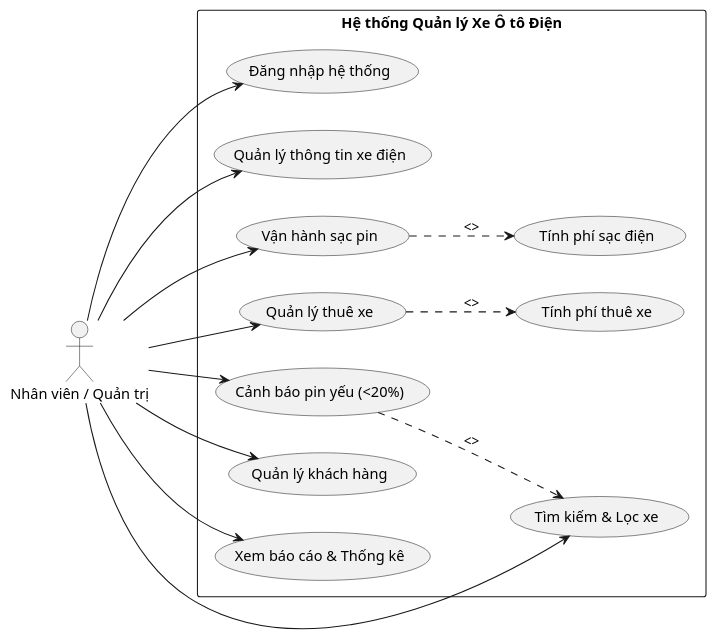
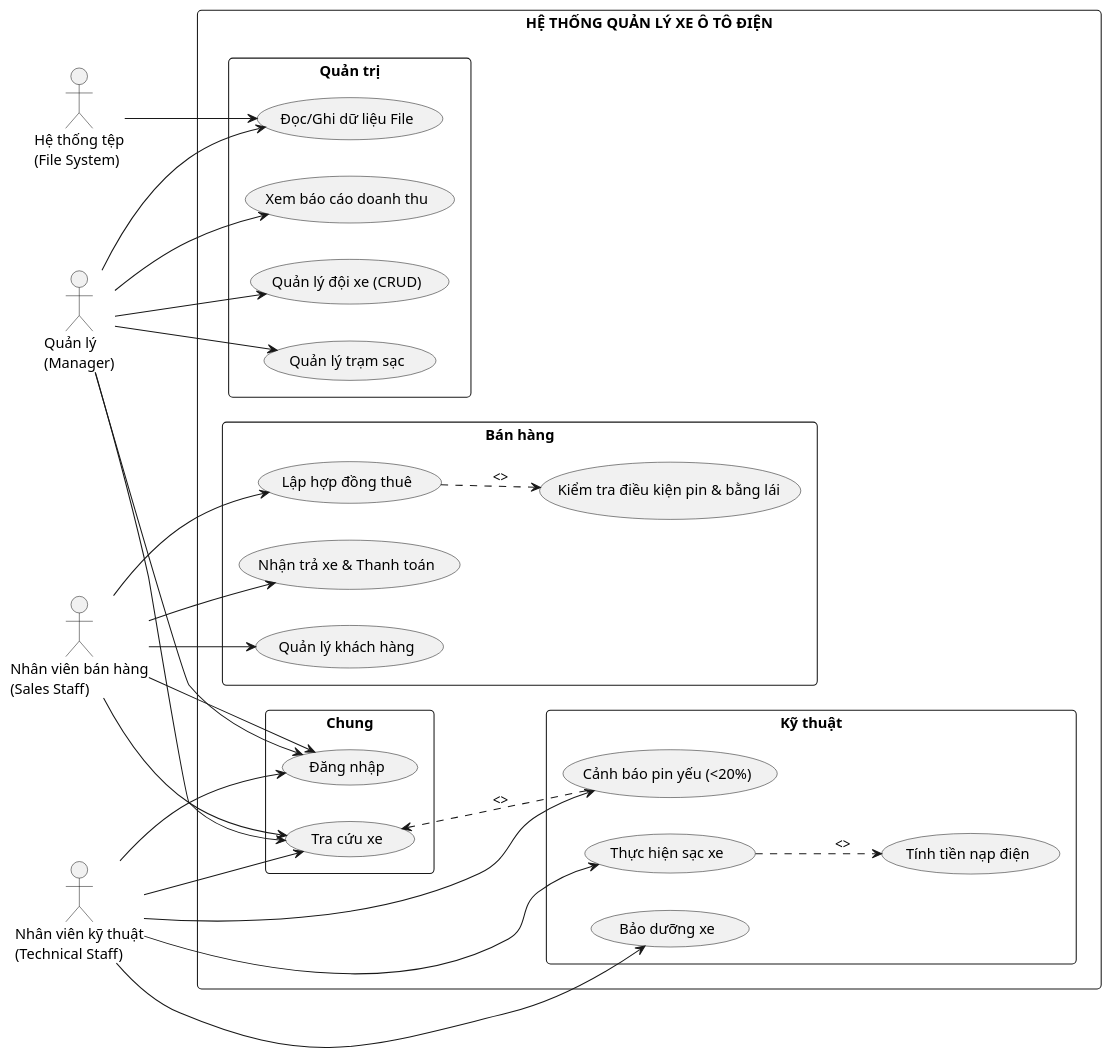
The diagram in usecase.puml (hau111947-ux/OOAD-2026-13), drawn with PlantUML before and after one commit.

Commit message:
Mã nguồn sơ đồ

```diff
--- a/usecase.puml
+++ b/usecase.puml
@@ -1,32 +1,66 @@
-@startuml UseCase_ElectricCarManagement
+@startuml
 left to right direction
 skinparam packageStyle rectangle
+skinparam roundcorner 8
+skinparam shadowing false
 
-actor "Nhân viên / Quản trị" as Staff
+actor "Quản lý\n(Manager)" as Manager
+actor "Nhân viên bán hàng\n(Sales Staff)" as Sales
+actor "Nhân viên kỹ thuật\n(Technical Staff)" as Tech
+actor "Hệ thống tệp\n(File System)" as Storage
 
-rectangle "Hệ thống Quản lý Xe Ô tô Điện" {
-  usecase "Đăng nhập hệ thống" as UC_Login
-  usecase "Quản lý thông tin xe điện" as UC_ManageCars
-  usecase "Tìm kiếm & Lọc xe" as UC_SearchCars
-  usecase "Cảnh báo pin yếu (<20%)" as UC_AlertBattery
-  usecase "Vận hành sạc pin" as UC_Charge
-  usecase "Tính phí sạc điện" as UC_CalcChargeCost
-  usecase "Quản lý thuê xe" as UC_RentCar
-  usecase "Tính phí thuê xe" as UC_CalcRentCost
-  usecase "Quản lý khách hàng" as UC_ManageCustomer
-  usecase "Xem báo cáo & Thống kê" as UC_Report
+rectangle "HỆ THỐNG QUẢN LÝ XE Ô TÔ ĐIỆN" {
+
+    package "Chung" {
+        usecase "Đăng nhập" as UC_Login
+        usecase "Tra cứu xe" as UC_Search
+    }
+
+    package "Bán hàng" {
+        usecase "Quản lý khách hàng" as UC_Customer
+        usecase "Lập hợp đồng thuê" as UC_Rent
+        usecase "Kiểm tra điều kiện pin & bằng lái" as UC_Check
+        usecase "Nhận trả xe & Thanh toán" as UC_Return
+    }
+
+    package "Kỹ thuật" {
+        usecase "Cảnh báo pin yếu (<20%)" as UC_Alert
+        usecase "Thực hiện sạc xe" as UC_Charge
+        usecase "Tính tiền nạp điện" as UC_CalcFee
+        usecase "Bảo dưỡng xe" as UC_Maintain
+    }
+
+    package "Quản trị" {
+        usecase "Quản lý đội xe (CRUD)" as UC_ManageCars
+        usecase "Quản lý trạm sạc" as UC_ManageStations
+        usecase "Xem báo cáo doanh thu" as UC_Report
+        usecase "Đọc/Ghi dữ liệu File" as UC_FileIO
+    }
 }
 
-Staff --> UC_Login
-Staff --> UC_ManageCars
-Staff --> UC_SearchCars
-Staff --> UC_AlertBattery
-Staff --> UC_Charge
-Staff --> UC_RentCar
-Staff --> UC_ManageCustomer
-Staff --> UC_Report
+' Liên kết Actor
+Sales --> UC_Login
+Sales --> UC_Search
+Sales --> UC_Customer
+Sales --> UC_Rent
+Sales --> UC_Return
 
-UC_Charge ..> UC_CalcChargeCost : <>
-UC_RentCar ..> UC_CalcRentCost : <>
-UC_AlertBattery ..> UC_SearchCars : <>
+Tech --> UC_Login
+Tech --> UC_Search
+Tech --> UC_Alert
+Tech --> UC_Charge
+Tech --> UC_Maintain
+
+Manager --> UC_Login
+Manager --> UC_Search
+Manager --> UC_ManageCars
+Manager --> UC_ManageStations
+Manager --> UC_Report
+Manager --> UC_FileIO
+
+' Quan hệ include / extend
+UC_Rent ..> UC_Check : <>
+UC_Charge ..> UC_CalcFee : <>
+UC_Search <.. UC_Alert : <>
+Storage --> UC_FileIO
 @enduml
```
